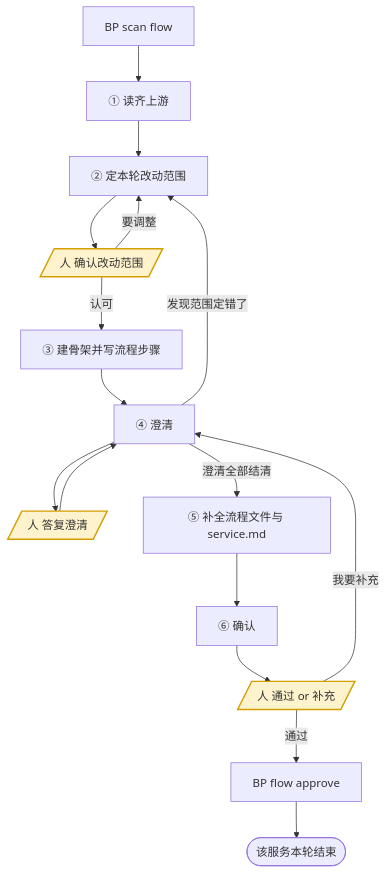
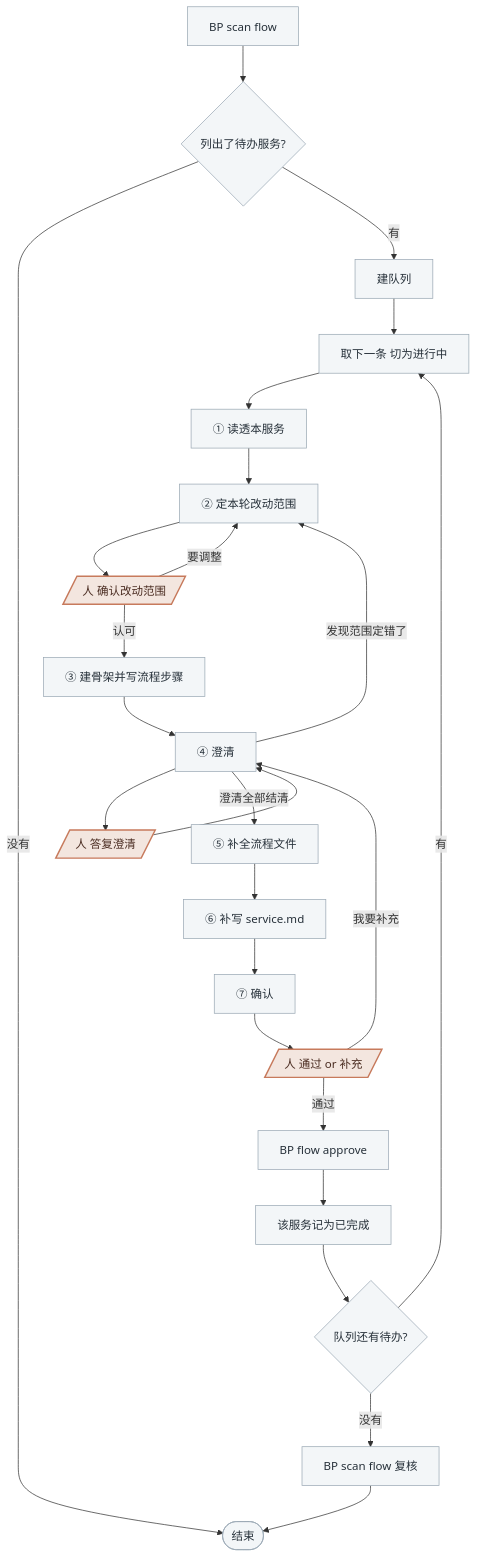
Before and after one commit to chxt100016/blueprint: the diagram in skills/blueprint/assets/skills/flow.md, drawn with Mermaid. The commit also changed other lines of this file and 50 other files, not shown here.

````diff
--- a/skills/blueprint/assets/skills/flow.md
+++ b/skills/blueprint/assets/skills/flow.md
@@ -42,21 +40,30 @@
 ```mermaid
 flowchart TD
-    A[BP scan flow] --> B[① 读齐上游]
+    S1[BP scan flow] --> S2{列出了待办服务?}
+    S2 -->|没有| ZZ([结束])
+    S2 -->|有| S3[建队列]
+    S3 --> S4[取下一条 切为进行中]
+    S4 --> B[① 读透本服务]
     B --> C[② 定本轮改动范围]
     C --> H1[/人 确认改动范围/]
     H1 -->|要调整| C
     H1 -->|认可| D[③ 建骨架并写流程步骤]
     D --> E[④ 澄清]
     E --> H2[/人 答复澄清/]
     H2 --> E
     E -->|发现范围定错了| C
-    E -->|澄清全部结清| F[⑤ 补全流程文件与 service.md]
-    F --> G[⑥ 确认]
-    G --> H3[/人 通过 or 补充/]
+    E -->|澄清全部结清| F[⑤ 补全流程文件]
+    F --> G[⑥ 补写 service.md]
+    G --> I[⑦ 确认]
+    I --> H3[/人 通过 or 补充/]
     H3 -->|我要补充| E
     H3 -->|通过| K[BP flow approve]
-    K --> Z([该服务本轮结束])
+    K --> S5[该服务记为已完成]
+    S5 --> S6{队列还有待办?}
+    S6 -->|有| S4
+    S6 -->|没有| V[BP scan flow 复核] --> ZZ
 
-    classDef human fill:#fff3cd,stroke:#d39e00,stroke-width:2px
+    classDef default fill:#f3f6f8,stroke:#9aa8b4,color:#27313a
+    classDef human fill:#f3e6df,stroke:#c77a5c,color:#4a2c21,stroke-width:2px
     class H1,H2,H3 human
 ```
````
